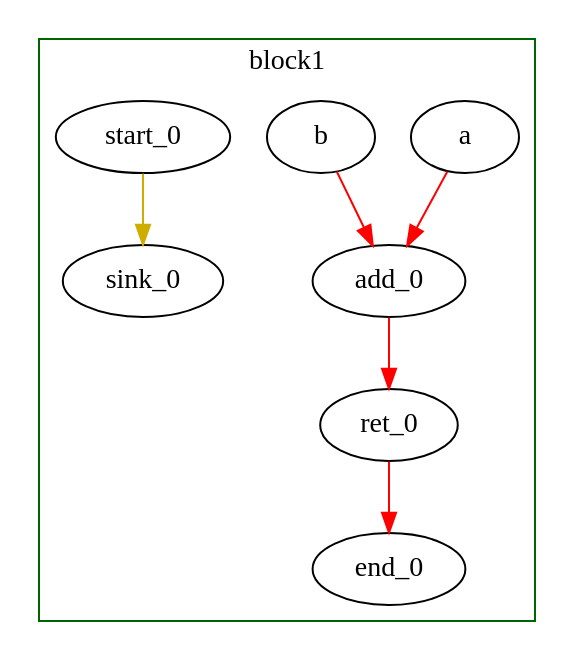
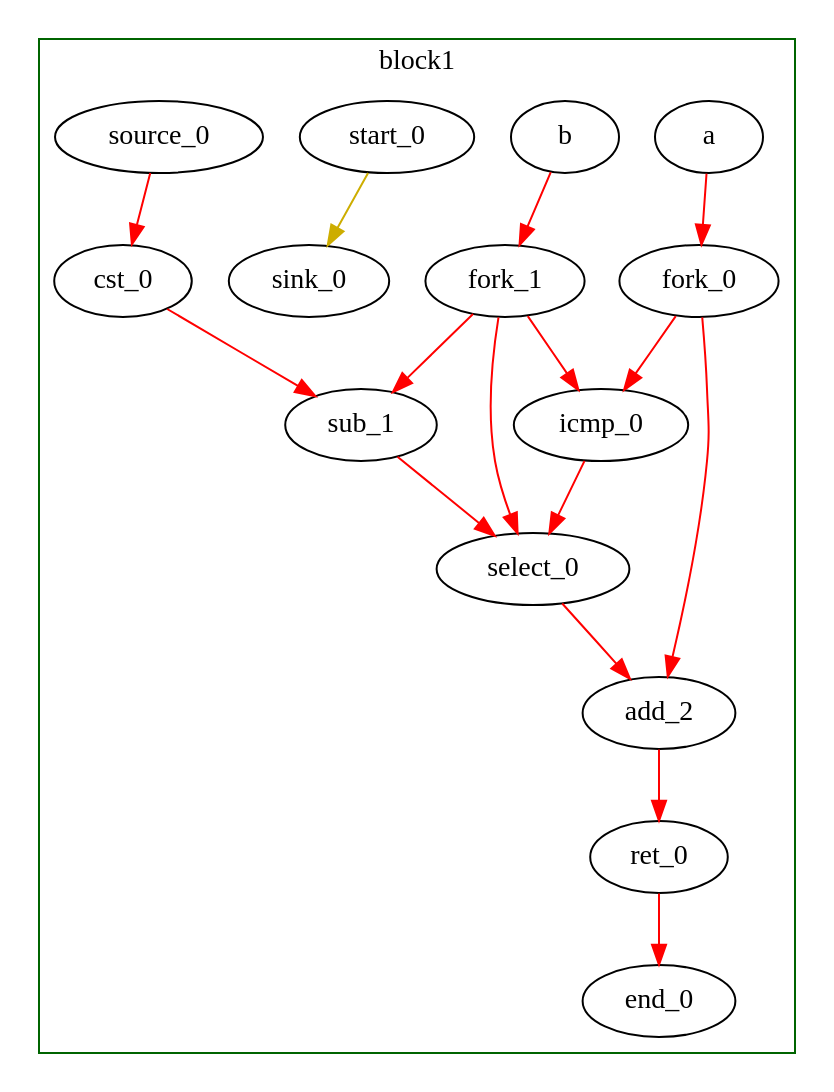
The diagram in src/HelloWorld.dot (madhur19171/dot2verilog), drawn with Graphviz before and after one commit. The commit also changed 13 other files, not shown here.

Commit message:
Fork, Source, Const, Buffers and almost all Int Arithmetic Units added

```diff
--- a/src/HelloWorld.dot
+++ b/src/HelloWorld.dot
@@ -1,20 +1,37 @@
 Digraph G {
 	splines=spline;
 //DHLS version: 0.1.1" [shape = "none" pos = "20,20!"]
 		"a" [type = "Entry", bbID= 1, in = "in1:32", out = "out1:32"];
 		"b" [type = "Entry", bbID= 1, in = "in1:32", out = "out1:32"];
-		"add_0" [type = "Operator", bbID= 1, op = "add_op", in = "in1:32 in2:32 ", out = "out1:32 ", delay=1.693, latency=0, II=1];
+		"icmp_0" [type = "Operator", bbID= 1, op = "icmp_sgt_op", in = "in1:32 in2:32 ", out = "out1:1 ", delay=1.530, latency=0, II=1];
+		"cst_0" [type = "Constant", bbID= 1, in = "in1:32", out = "out1:32", value = "0x00000000"];
+		"sub_1" [type = "Operator", bbID= 1, op = "sub_op", in = "in1:32 in2:32 ", out = "out1:32 ", delay=1.693, latency=0, II=1];
+		"select_0" [type = "Operator", bbID= 1, op = "select_op", in = "in1?:1 in2+:32 in3-:32 ", out = "out1:32 ", trueFrac=0.2, delay=0.000, latency=0, II=1];
+		"add_2" [type = "Operator", bbID= 1, op = "add_op", in = "in1:32 in2:32 ", out = "out1:32 ", delay=1.693, latency=0, II=1];
 		"ret_0" [type = "Operator", bbID= 1, op = "ret_op", in = "in1:32 ", out = "out1:32 ", delay=0.000, latency=0, II=1];
+		"fork_0" [type = "Fork", bbID= 1, in = "in1:32", out = "out1:32 out2:32 "];
+		"fork_1" [type = "Fork", bbID= 1, in = "in1:32", out = "out1:32 out2:32 out3:32 "];
 		"end_0" [type = "Exit", bbID= 0, in = "in1:32 ", out = "out1:32"];
 		"start_0" [type = "Entry", control= "true", bbID= 1, in = "in1:0", out = "out1:0"];
 		"sink_0" [type = "Sink", bbID= 0, in = "in1:0"];
+		"source_0" [type = "Source", bbID= 1, out = "out1:32"];
 	subgraph cluster_0 {
 	color = "darkgreen";
 		label = "block1";
-		"a" -> "add_0" [color = "red", from = "out1", to = "in1"];
-		"b" -> "add_0" [color = "red", from = "out1", to = "in2"];
-		"add_0" -> "ret_0" [color = "red", from = "out1", to = "in1"];
+		"a" -> "fork_0" [color = "red", from = "out1", to = "in1"];
+		"b" -> "fork_1" [color = "red", from = "out1", to = "in1"];
+		"icmp_0" -> "select_0" [color = "red", from = "out1", to = "in1"];
+		"cst_0" -> "sub_1" [color = "red", from = "out1", to = "in1"];
+		"sub_1" -> "select_0" [color = "red", from = "out1", to = "in3"];
+		"select_0" -> "add_2" [color = "red", from = "out1", to = "in1"];
+		"add_2" -> "ret_0" [color = "red", from = "out1", to = "in1"];
 		"ret_0" -> "end_0" [color = "red", from = "out1", to = "in1"];
+		"fork_0" -> "icmp_0" [color = "red", from = "out1", to = "in1"];
+		"fork_0" -> "add_2" [color = "red", from = "out2", to = "in2"];
+		"fork_1" -> "icmp_0" [color = "red", from = "out1", to = "in2"];
+		"fork_1" -> "sub_1" [color = "red", from = "out2", to = "in2"];
+		"fork_1" -> "select_0" [color = "red", from = "out3", to = "in2"];
 		"start_0" -> "sink_0" [color = "gold3", from = "out1", to = "in1"];
+		"source_0" -> "cst_0" [color = "red", from = "out1", to = "in1"];
 	}
 }
```
